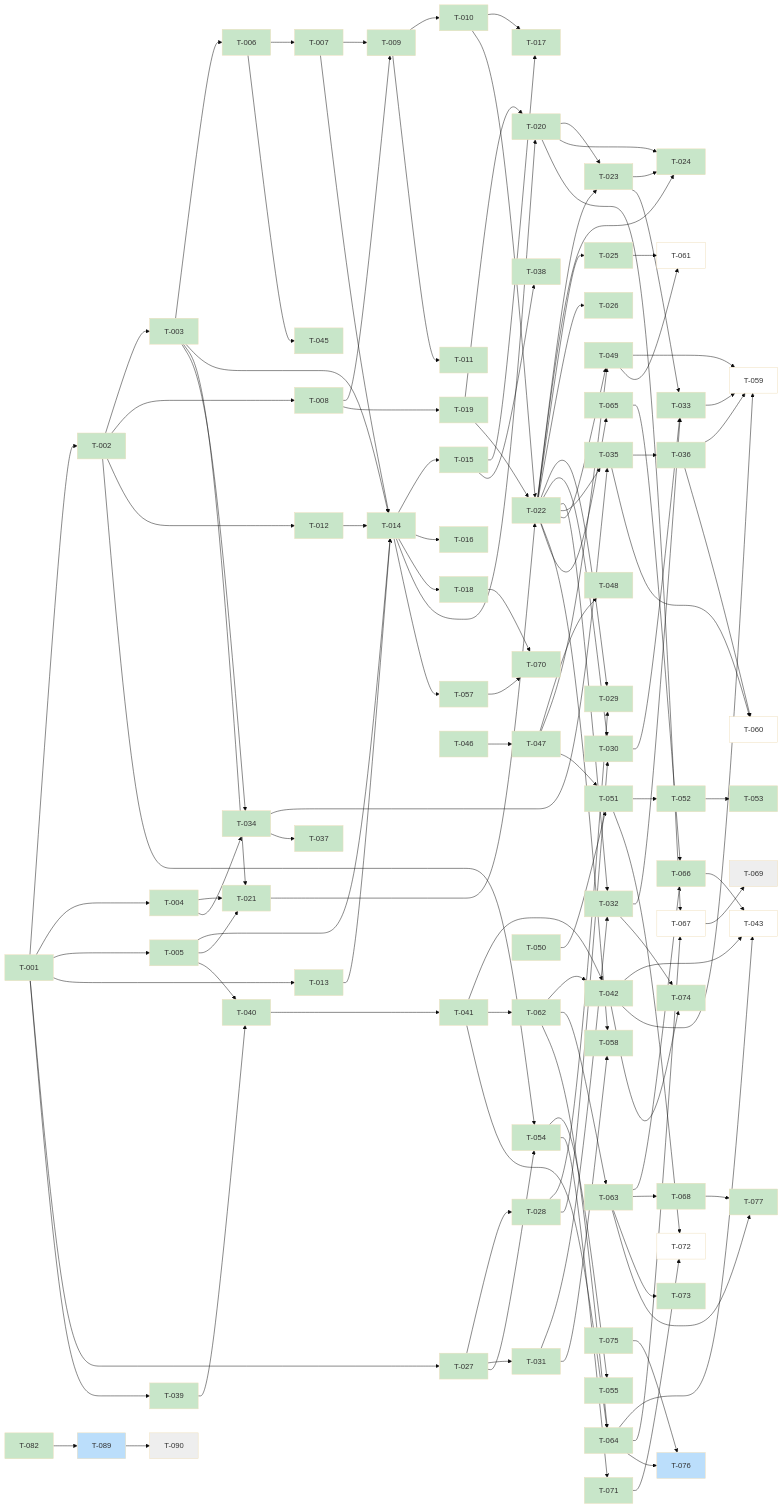
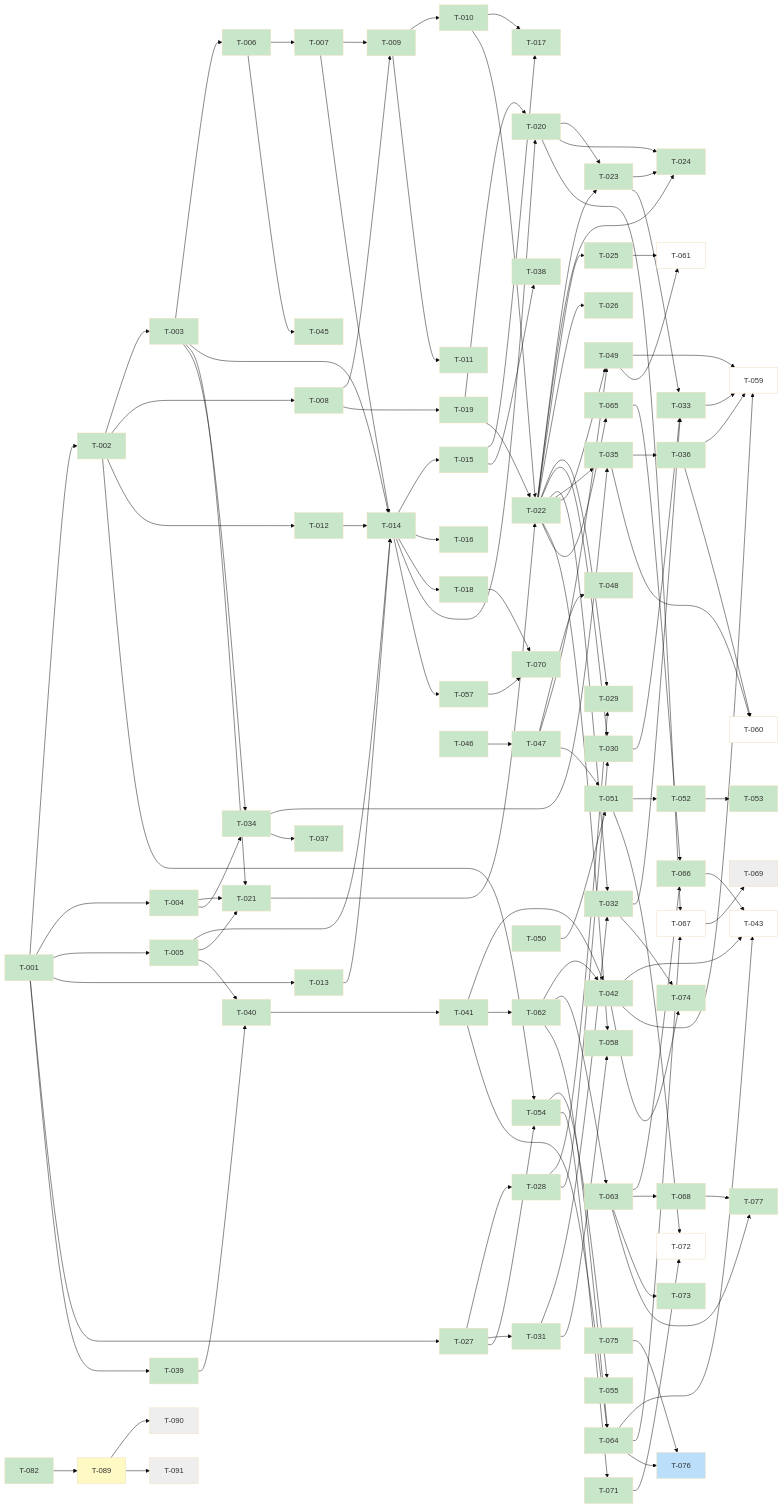
Before and after one commit to scholtz/biatec-chat: the diagram in kanban/BOARD.md, drawn with Mermaid (base theme). The commit also changed other lines of this file and 2 other files, not shown here.

Commit message:
kanban: T-089 → review, new T-091

````diff
--- a/kanban/BOARD.md
+++ b/kanban/BOARD.md
@@ -241,13 +242,15 @@
   T068[T-068] --> T077[T-077]
   T082[T-082] --> T089[T-089]
   T089[T-089] --> T090[T-090]
+  T089[T-089] --> T091[T-091]
   classDef done fill:#c8e6c9
   classDef review fill:#fff9c4
   classDef inprogress fill:#bbdefb
   classDef backlog fill:#ffffff
   classDef blocked fill:#eeeeee
   class T001,T002,T003,T004,T005,T006,T007,T008,T009,T010,T011,T012,T013,T014,T015,T016,T017,T018,T019,T020,T021,T022,T023,T024,T025,T026,T027,T028,T029,T030,T031,T032,T033,T034,T035,T036,T037,T038,T039,T040,T041,T042,T044,T045,T046,T047,T048,T049,T050,T051,T052,T053,T054,T055,T056,T057,T058,T062,T063,T064,T065,T066,T068,T070,T071,T073,T074,T075,T077,T080,T082 done
-  class T076,T078,T079,T089,T083,T084 inprogress
+  class T089 review
+  class T076,T078,T079,T083,T084 inprogress
   class T059,T043,T072,T081,T087,T088,T060,T061,T067,T085,T086 backlog
-  class T090,T069 blocked
+  class T090,T069,T091 blocked
 ```
````
